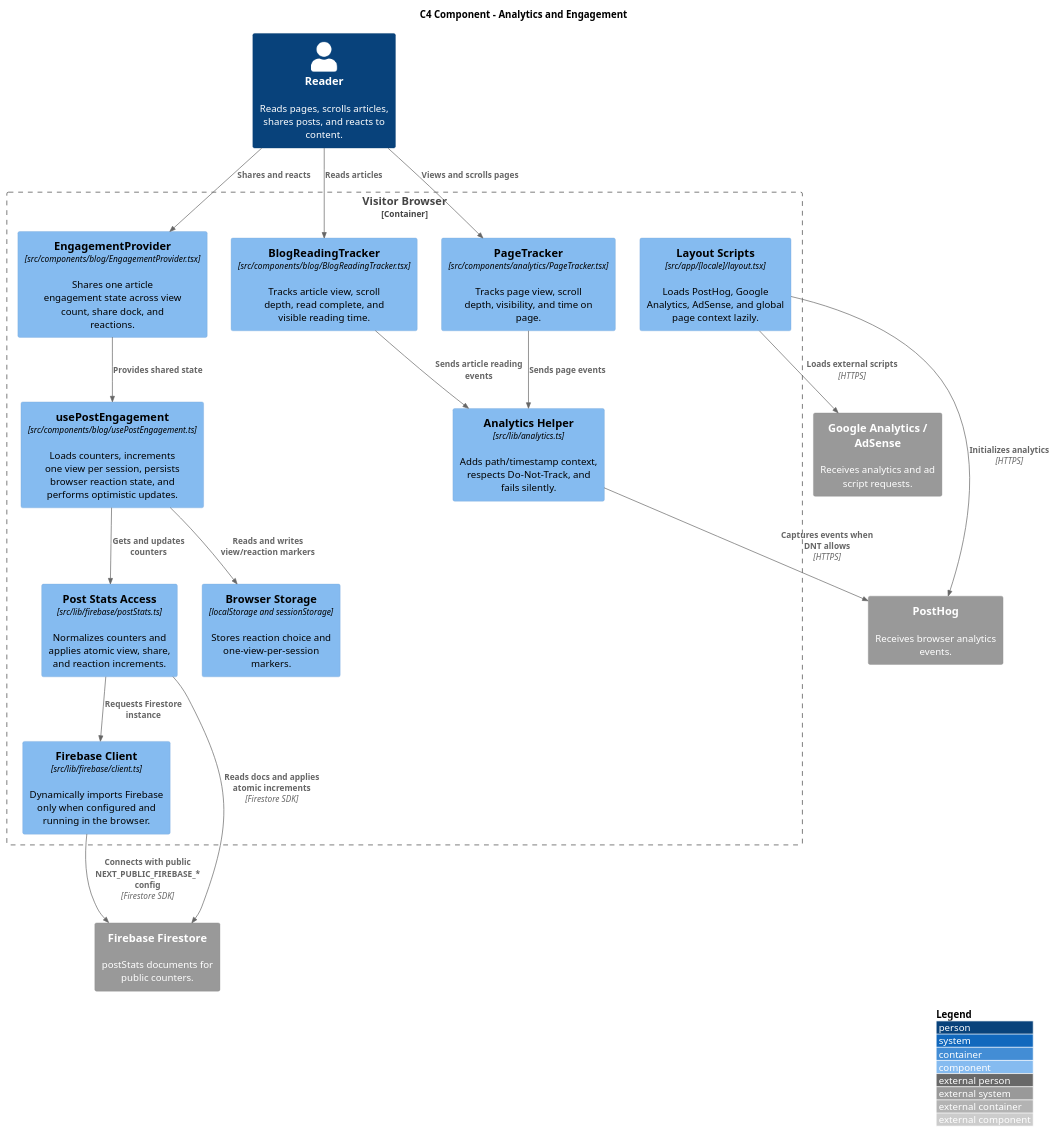
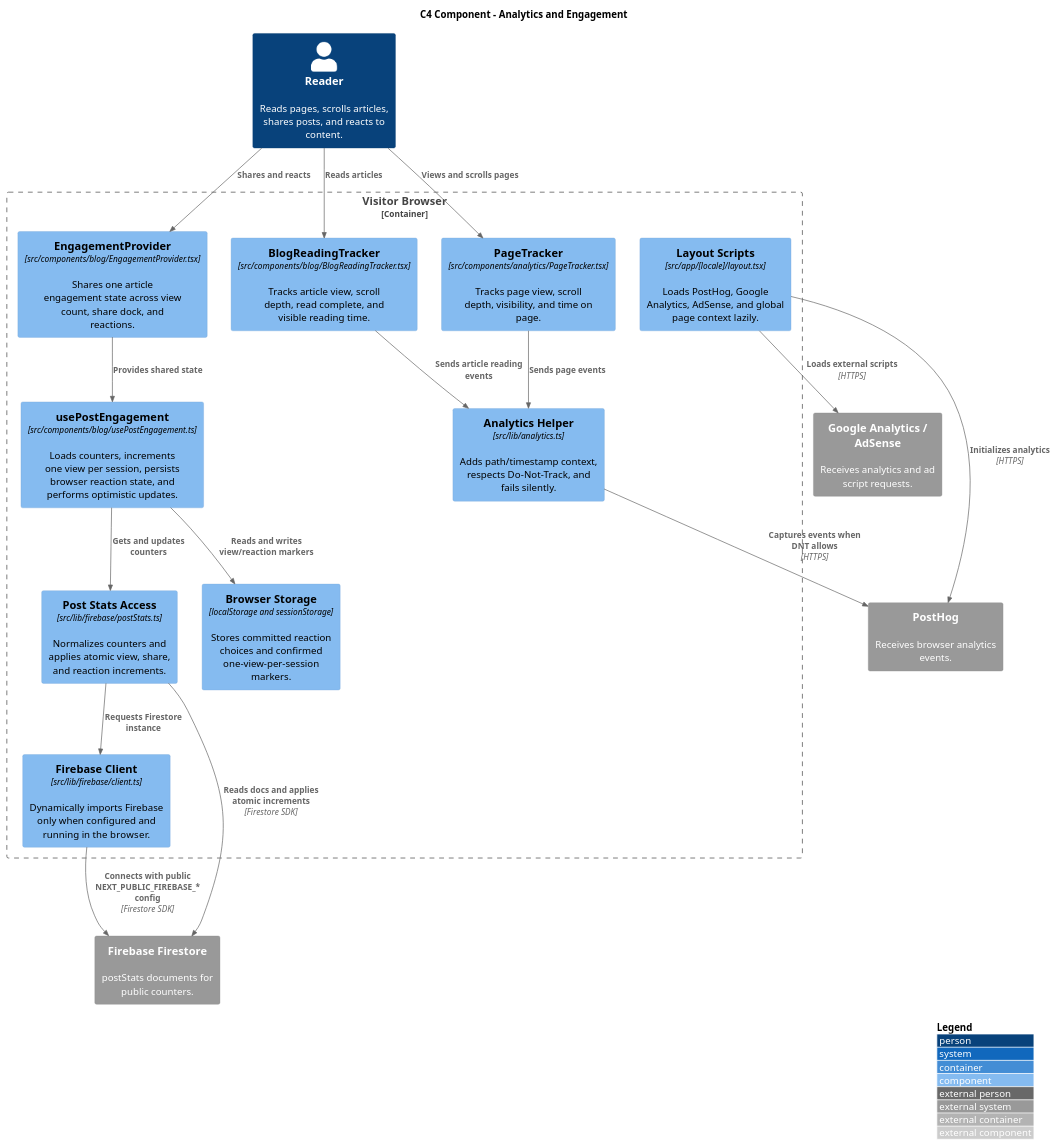
One commit to nguyenlephong/nguyenlephong.github.io changed the diagram in docs/diagrams/c4-component-engagement.puml. Above: the diagram before and after it, drawn with PlantUML. The commit also changed 12 other files, not shown here.

```diff
--- a/docs/diagrams/c4-component-engagement.puml
+++ b/docs/diagrams/c4-component-engagement.puml
@@ -1,41 +1,41 @@
 @startuml c4_component_engagement
 !include https://raw.githubusercontent.com/plantuml-stdlib/C4-PlantUML/master/C4_Component.puml
 
 LAYOUT_WITH_LEGEND()
 
 title C4 Component - Analytics and Engagement
 
 Person(reader, "Reader", "Reads pages, scrolls articles, shares posts, and reacts to content.")
 
 Container_Boundary(browser, "Visitor Browser") {
   Component(layout_scripts, "Layout Scripts", "src/app/[locale]/layout.tsx", "Loads PostHog, Google Analytics, AdSense, and global page context lazily.")
   Component(track_helper, "Analytics Helper", "src/lib/analytics.ts", "Adds path/timestamp context, respects Do-Not-Track, and fails silently.")
   Component(page_tracker, "PageTracker", "src/components/analytics/PageTracker.tsx", "Tracks page view, scroll depth, visibility, and time on page.")
   Component(reading_tracker, "BlogReadingTracker", "src/components/blog/BlogReadingTracker.tsx", "Tracks article view, scroll depth, read complete, and visible reading time.")
   Component(engagement_provider, "EngagementProvider", "src/components/blog/EngagementProvider.tsx", "Shares one article engagement state across view count, share dock, and reactions.")
   Component(engagement_hook, "usePostEngagement", "src/components/blog/usePostEngagement.ts", "Loads counters, increments one view per session, persists browser reaction state, and performs optimistic updates.")
   Component(firebase_client, "Firebase Client", "src/lib/firebase/client.ts", "Dynamically imports Firebase only when configured and running in the browser.")
   Component(post_stats, "Post Stats Access", "src/lib/firebase/postStats.ts", "Normalizes counters and applies atomic view, share, and reaction increments.")
-  Component(local_storage, "Browser Storage", "localStorage and sessionStorage", "Stores reaction choice and one-view-per-session markers.")
+  Component(local_storage, "Browser Storage", "localStorage and sessionStorage", "Stores committed reaction choices and confirmed one-view-per-session markers.")
 }
 
 System_Ext(posthog, "PostHog", "Receives browser analytics events.")
 System_Ext(google, "Google Analytics / AdSense", "Receives analytics and ad script requests.")
 System_Ext(firestore, "Firebase Firestore", "postStats documents for public counters.")
 
 Rel(reader, page_tracker, "Views and scrolls pages")
 Rel(reader, reading_tracker, "Reads articles")
 Rel(reader, engagement_provider, "Shares and reacts")
 Rel(layout_scripts, posthog, "Initializes analytics", "HTTPS")
 Rel(layout_scripts, google, "Loads external scripts", "HTTPS")
 Rel(page_tracker, track_helper, "Sends page events")
 Rel(reading_tracker, track_helper, "Sends article reading events")
 Rel(track_helper, posthog, "Captures events when DNT allows", "HTTPS")
 Rel(engagement_provider, engagement_hook, "Provides shared state")
 Rel(engagement_hook, local_storage, "Reads and writes view/reaction markers")
 Rel(engagement_hook, post_stats, "Gets and updates counters")
 Rel(post_stats, firebase_client, "Requests Firestore instance")
 Rel(firebase_client, firestore, "Connects with public NEXT_PUBLIC_FIREBASE_* config", "Firestore SDK")
 Rel(post_stats, firestore, "Reads docs and applies atomic increments", "Firestore SDK")
 
 @enduml
```
